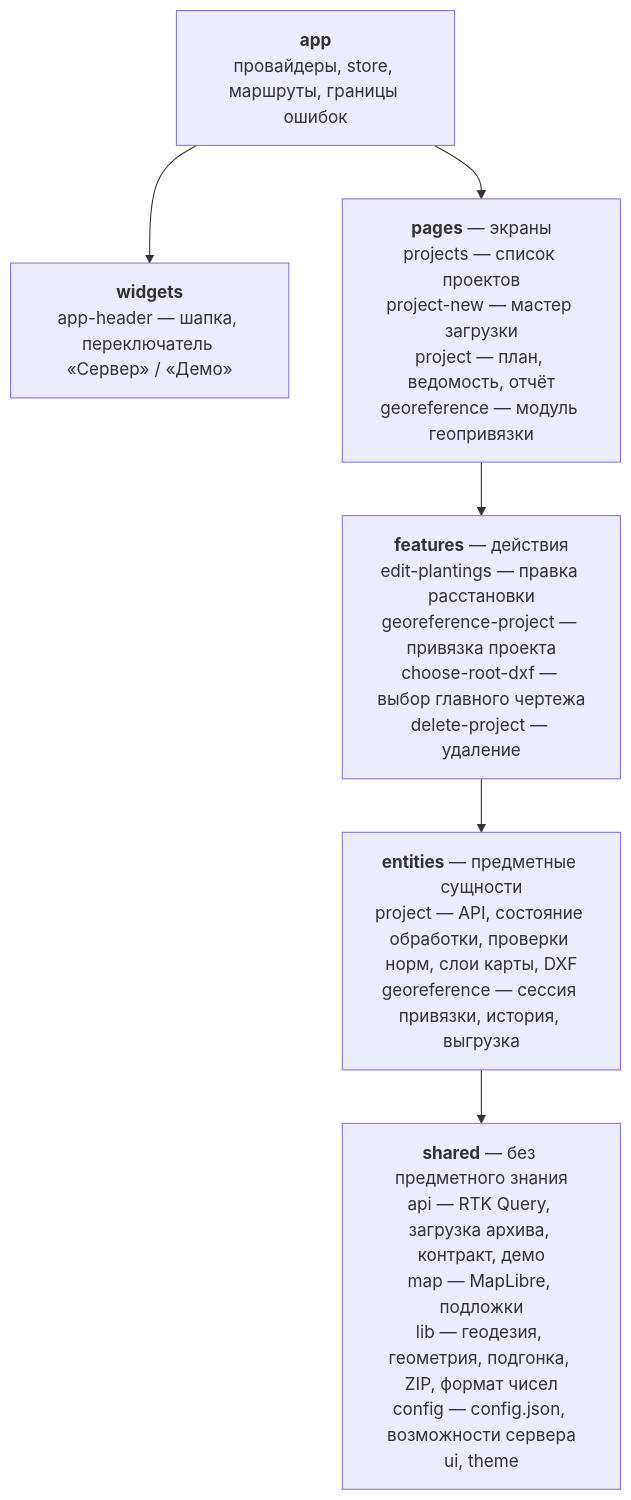
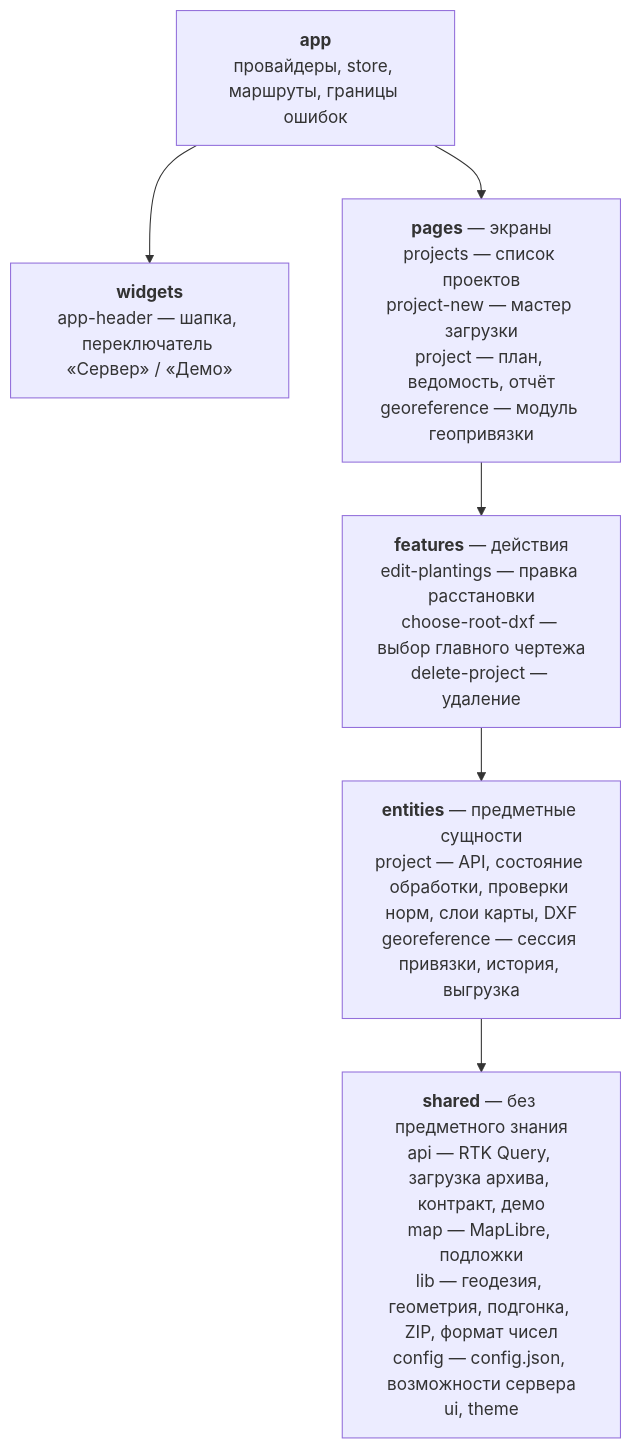
One commit to greenleadersteam/frontend changed the first of 3 diagrams in docs/architecture.md. Above: the diagram before and after it, drawn with Mermaid. The commit also changed other lines of this file and 57 other files, not shown here.

````diff
--- a/docs/architecture.md
+++ b/docs/architecture.md
@@ -7,14 +7,14 @@
 ```mermaid
 flowchart TB
   app["<b>app</b><br/>провайдеры, store, маршруты, границы ошибок"]
   widgets["<b>widgets</b><br/>app-header — шапка, переключатель «Сервер» / «Демо»"]
   pages["<b>pages</b> — экраны<br/>projects — список проектов<br/>project-new — мастер загрузки<br/>project — план, ведомость, отчёт<br/>georeference — модуль геопривязки"]
-  features["<b>features</b> — действия<br/>edit-plantings — правка расстановки<br/>georeference-project — привязка проекта<br/>choose-root-dxf — выбор главного чертежа<br/>delete-project — удаление"]
+  features["<b>features</b> — действия<br/>edit-plantings — правка расстановки<br/>choose-root-dxf — выбор главного чертежа<br/>delete-project — удаление"]
   entities["<b>entities</b> — предметные сущности<br/>project — API, состояние обработки, проверки норм, слои карты, DXF<br/>georeference — сессия привязки, история, выгрузка"]
   shared["<b>shared</b> — без предметного знания<br/>api — RTK Query, загрузка архива, контракт, демо<br/>map — MapLibre, подложки<br/>lib — геодезия, геометрия, подгонка, ZIP, формат чисел<br/>config — config.json, возможности сервера<br/>ui, theme"]
   app --> widgets
   app --> pages
   pages --> features
   features --> entities
   entities --> shared
 ```
````
